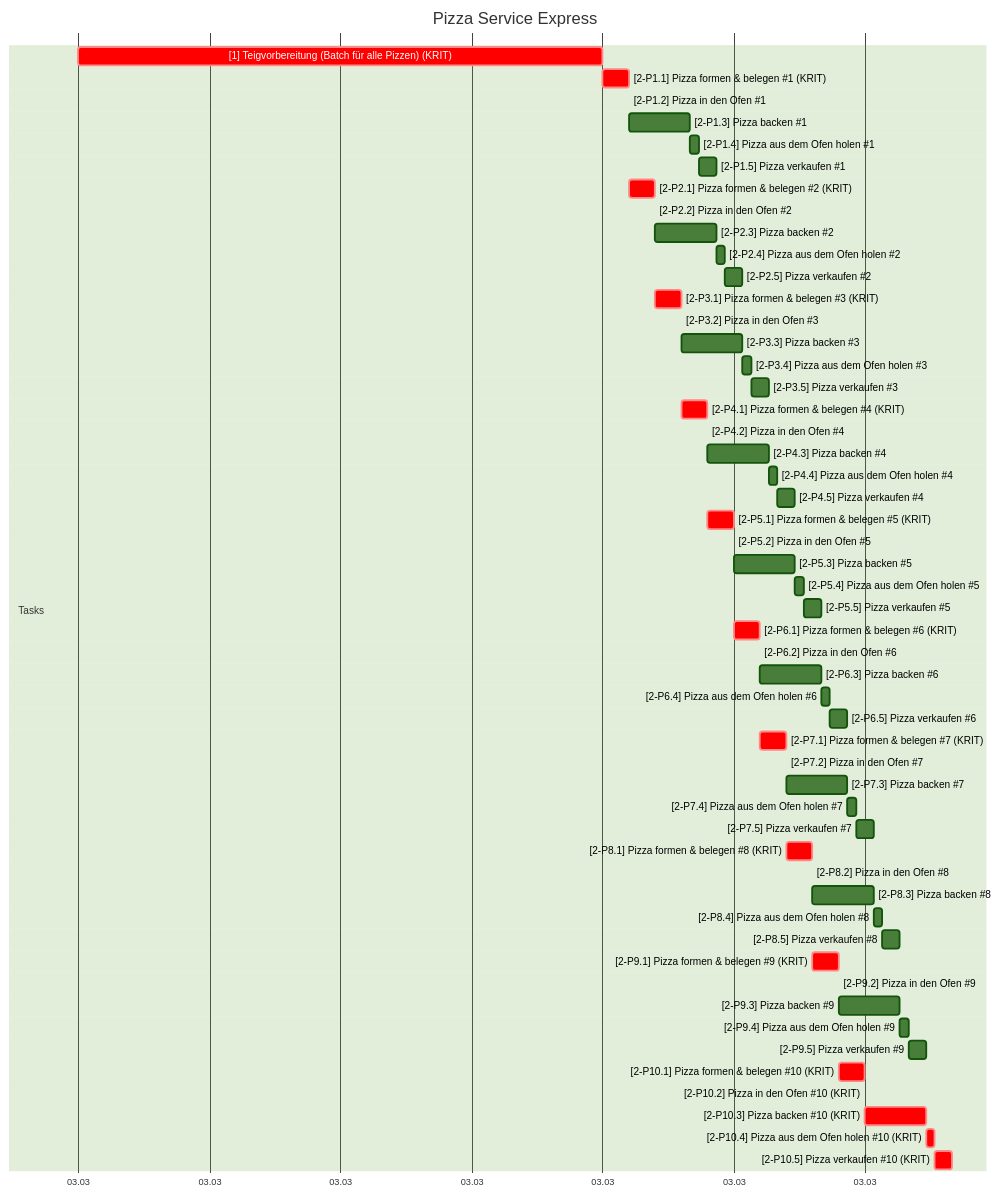
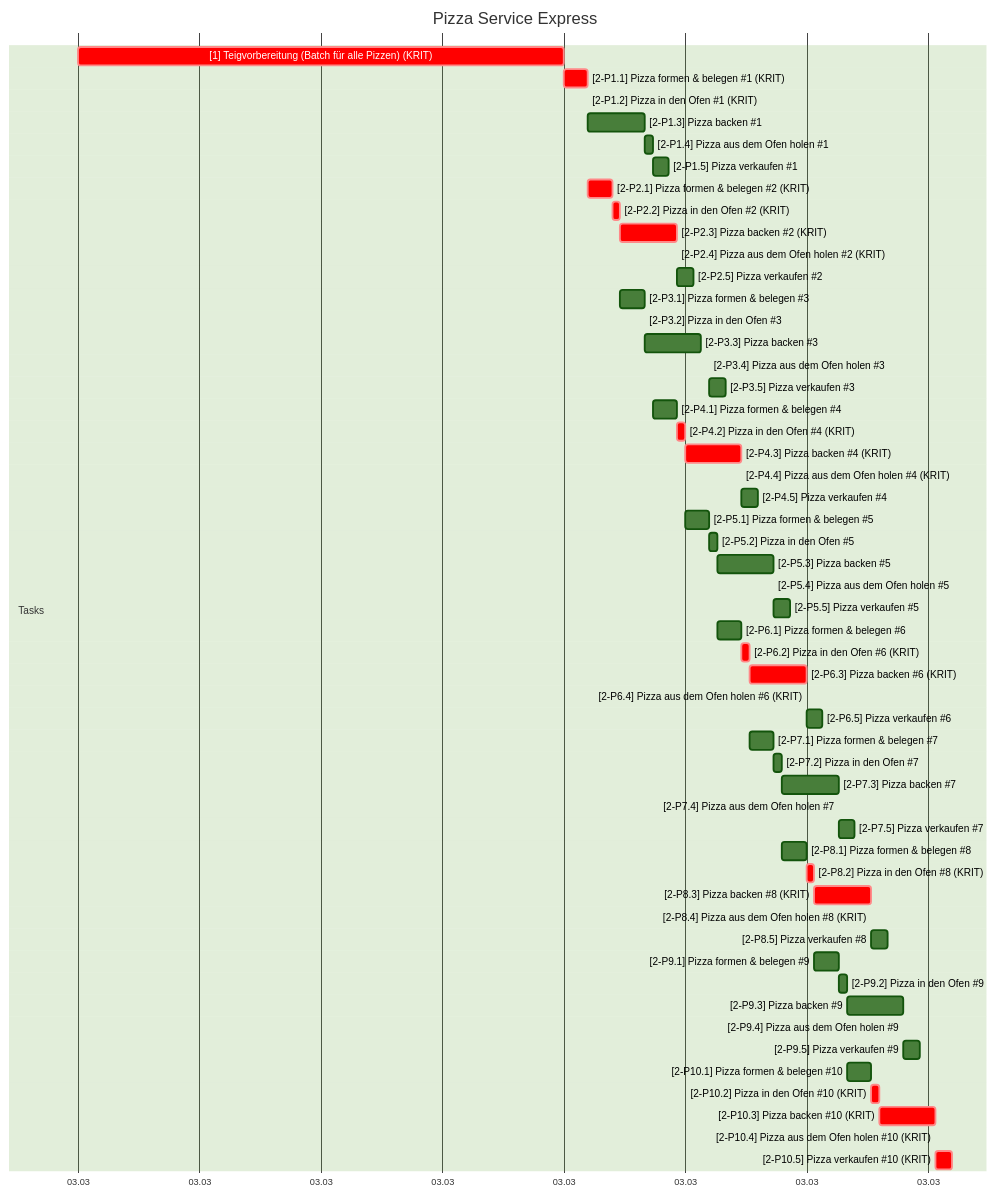
One commit to mistamichael/sproject changed the second of 5 diagrams in tests/golden/pizzas.md. Above: the diagram before and after it, drawn with Mermaid (forest theme). The commit also changed other lines of this file and 27 other files, not shown here.

````diff
--- a/tests/golden/pizzas.md
+++ b/tests/golden/pizzas.md
@@ -214,60 +219,60 @@
 ```mermaid
 gantt
     title Pizza Service Express
     dateFormat  YYYY-MM-DD HH:mm
     axisFormat  %d.%m
 
     section Feiertage
     section Tasks
     [1] Teigvorbereitung (Batch für alle Pizzen) (KRIT) :crit, 2026-03-03 09:00, 2026-03-03 10:00
     [2-P1.1] Pizza formen & belegen #1 (KRIT) :crit, 2026-03-03 10:00, 2026-03-03 10:03
-    [2-P1.2] Pizza in den Ofen #1 :2026-03-03 10:03, 2026-03-03 10:03
+    [2-P1.2] Pizza in den Ofen #1 (KRIT) :crit, 2026-03-03 10:03, 2026-03-03 10:03
     [2-P1.3] Pizza backen #1 :2026-03-03 10:03, 2026-03-03 10:10
     [2-P1.4] Pizza aus dem Ofen holen #1 :2026-03-03 10:10, 2026-03-03 10:11
     [2-P1.5] Pizza verkaufen #1 :2026-03-03 10:11, 2026-03-03 10:13
     [2-P2.1] Pizza formen & belegen #2 (KRIT) :crit, 2026-03-03 10:03, 2026-03-03 10:06
-    [2-P2.2] Pizza in den Ofen #2 :2026-03-03 10:06, 2026-03-03 10:06
-    [2-P2.3] Pizza backen #2 :2026-03-03 10:06, 2026-03-03 10:13
-    [2-P2.4] Pizza aus dem Ofen holen #2 :2026-03-03 10:13, 2026-03-03 10:14
+    [2-P2.2] Pizza in den Ofen #2 (KRIT) :crit, 2026-03-03 10:06, 2026-03-03 10:07
+    [2-P2.3] Pizza backen #2 (KRIT) :crit, 2026-03-03 10:07, 2026-03-03 10:14
+    [2-P2.4] Pizza aus dem Ofen holen #2 (KRIT) :crit, 2026-03-03 10:14, 2026-03-03 10:14
     [2-P2.5] Pizza verkaufen #2 :2026-03-03 10:14, 2026-03-03 10:16
-    [2-P3.1] Pizza formen & belegen #3 (KRIT) :crit, 2026-03-03 10:06, 2026-03-03 10:09
-    [2-P3.2] Pizza in den Ofen #3 :2026-03-03 10:09, 2026-03-03 10:09
-    [2-P3.3] Pizza backen #3 :2026-03-03 10:09, 2026-03-03 10:16
-    [2-P3.4] Pizza aus dem Ofen holen #3 :2026-03-03 10:16, 2026-03-03 10:17
-    [2-P3.5] Pizza verkaufen #3 :2026-03-03 10:17, 2026-03-03 10:19
-    [2-P4.1] Pizza formen & belegen #4 (KRIT) :crit, 2026-03-03 10:09, 2026-03-03 10:12
-    [2-P4.2] Pizza in den Ofen #4 :2026-03-03 10:12, 2026-03-03 10:12
-    [2-P4.3] Pizza backen #4 :2026-03-03 10:12, 2026-03-03 10:19
-    [2-P4.4] Pizza aus dem Ofen holen #4 :2026-03-03 10:19, 2026-03-03 10:20
-    [2-P4.5] Pizza verkaufen #4 :2026-03-03 10:20, 2026-03-03 10:22
-    [2-P5.1] Pizza formen & belegen #5 (KRIT) :crit, 2026-03-03 10:12, 2026-03-03 10:15
-    [2-P5.2] Pizza in den Ofen #5 :2026-03-03 10:15, 2026-03-03 10:15
-    [2-P5.3] Pizza backen #5 :2026-03-03 10:15, 2026-03-03 10:22
-    [2-P5.4] Pizza aus dem Ofen holen #5 :2026-03-03 10:22, 2026-03-03 10:23
-    [2-P5.5] Pizza verkaufen #5 :2026-03-03 10:23, 2026-03-03 10:25
-    [2-P6.1] Pizza formen & belegen #6 (KRIT) :crit, 2026-03-03 10:15, 2026-03-03 10:18
-    [2-P6.2] Pizza in den Ofen #6 :2026-03-03 10:18, 2026-03-03 10:18
-    [2-P6.3] Pizza backen #6 :2026-03-03 10:18, 2026-03-03 10:25
-    [2-P6.4] Pizza aus dem Ofen holen #6 :2026-03-03 10:25, 2026-03-03 10:26
-    [2-P6.5] Pizza verkaufen #6 :2026-03-03 10:26, 2026-03-03 10:28
-    [2-P7.1] Pizza formen & belegen #7 (KRIT) :crit, 2026-03-03 10:18, 2026-03-03 10:21
-    [2-P7.2] Pizza in den Ofen #7 :2026-03-03 10:21, 2026-03-03 10:21
-    [2-P7.3] Pizza backen #7 :2026-03-03 10:21, 2026-03-03 10:28
-    [2-P7.4] Pizza aus dem Ofen holen #7 :2026-03-03 10:28, 2026-03-03 10:29
-    [2-P7.5] Pizza verkaufen #7 :2026-03-03 10:29, 2026-03-03 10:31
-    [2-P8.1] Pizza formen & belegen #8 (KRIT) :crit, 2026-03-03 10:21, 2026-03-03 10:24
-    [2-P8.2] Pizza in den Ofen #8 :2026-03-03 10:24, 2026-03-03 10:24
-    [2-P8.3] Pizza backen #8 :2026-03-03 10:24, 2026-03-03 10:31
-    [2-P8.4] Pizza aus dem Ofen holen #8 :2026-03-03 10:31, 2026-03-03 10:32
-    [2-P8.5] Pizza verkaufen #8 :2026-03-03 10:32, 2026-03-03 10:34
-    [2-P9.1] Pizza formen & belegen #9 (KRIT) :crit, 2026-03-03 10:24, 2026-03-03 10:27
-    [2-P9.2] Pizza in den Ofen #9 :2026-03-03 10:27, 2026-03-03 10:27
-    [2-P9.3] Pizza backen #9 :2026-03-03 10:27, 2026-03-03 10:34
-    [2-P9.4] Pizza aus dem Ofen holen #9 :2026-03-03 10:34, 2026-03-03 10:35
-    [2-P9.5] Pizza verkaufen #9 :2026-03-03 10:35, 2026-03-03 10:37
-    [2-P10.1] Pizza formen & belegen #10 (KRIT) :crit, 2026-03-03 10:27, 2026-03-03 10:30
-    [2-P10.2] Pizza in den Ofen #10 (KRIT) :crit, 2026-03-03 10:30, 2026-03-03 10:30
-    [2-P10.3] Pizza backen #10 (KRIT) :crit, 2026-03-03 10:30, 2026-03-03 10:37
-    [2-P10.4] Pizza aus dem Ofen holen #10 (KRIT) :crit, 2026-03-03 10:37, 2026-03-03 10:38
-    [2-P10.5] Pizza verkaufen #10 (KRIT) :crit, 2026-03-03 10:38, 2026-03-03 10:40
+    [2-P3.1] Pizza formen & belegen #3 :2026-03-03 10:07, 2026-03-03 10:10
+    [2-P3.2] Pizza in den Ofen #3 :2026-03-03 10:10, 2026-03-03 10:10
+    [2-P3.3] Pizza backen #3 :2026-03-03 10:10, 2026-03-03 10:17
+    [2-P3.4] Pizza aus dem Ofen holen #3 :2026-03-03 10:18, 2026-03-03 10:18
+    [2-P3.5] Pizza verkaufen #3 :2026-03-03 10:18, 2026-03-03 10:20
+    [2-P4.1] Pizza formen & belegen #4 :2026-03-03 10:11, 2026-03-03 10:14
+    [2-P4.2] Pizza in den Ofen #4 (KRIT) :crit, 2026-03-03 10:14, 2026-03-03 10:15
+    [2-P4.3] Pizza backen #4 (KRIT) :crit, 2026-03-03 10:15, 2026-03-03 10:22
+    [2-P4.4] Pizza aus dem Ofen holen #4 (KRIT) :crit, 2026-03-03 10:22, 2026-03-03 10:22
+    [2-P4.5] Pizza verkaufen #4 :2026-03-03 10:22, 2026-03-03 10:24
+    [2-P5.1] Pizza formen & belegen #5 :2026-03-03 10:15, 2026-03-03 10:18
+    [2-P5.2] Pizza in den Ofen #5 :2026-03-03 10:18, 2026-03-03 10:19
+    [2-P5.3] Pizza backen #5 :2026-03-03 10:19, 2026-03-03 10:26
+    [2-P5.4] Pizza aus dem Ofen holen #5 :2026-03-03 10:26, 2026-03-03 10:26
+    [2-P5.5] Pizza verkaufen #5 :2026-03-03 10:26, 2026-03-03 10:28
+    [2-P6.1] Pizza formen & belegen #6 :2026-03-03 10:19, 2026-03-03 10:22
+    [2-P6.2] Pizza in den Ofen #6 (KRIT) :crit, 2026-03-03 10:22, 2026-03-03 10:23
+    [2-P6.3] Pizza backen #6 (KRIT) :crit, 2026-03-03 10:23, 2026-03-03 10:30
+    [2-P6.4] Pizza aus dem Ofen holen #6 (KRIT) :crit, 2026-03-03 10:30, 2026-03-03 10:30
+    [2-P6.5] Pizza verkaufen #6 :2026-03-03 10:30, 2026-03-03 10:32
+    [2-P7.1] Pizza formen & belegen #7 :2026-03-03 10:23, 2026-03-03 10:26
+    [2-P7.2] Pizza in den Ofen #7 :2026-03-03 10:26, 2026-03-03 10:27
+    [2-P7.3] Pizza backen #7 :2026-03-03 10:27, 2026-03-03 10:34
+    [2-P7.4] Pizza aus dem Ofen holen #7 :2026-03-03 10:34, 2026-03-03 10:34
+    [2-P7.5] Pizza verkaufen #7 :2026-03-03 10:34, 2026-03-03 10:36
+    [2-P8.1] Pizza formen & belegen #8 :2026-03-03 10:27, 2026-03-03 10:30
+    [2-P8.2] Pizza in den Ofen #8 (KRIT) :crit, 2026-03-03 10:30, 2026-03-03 10:31
+    [2-P8.3] Pizza backen #8 (KRIT) :crit, 2026-03-03 10:31, 2026-03-03 10:38
+    [2-P8.4] Pizza aus dem Ofen holen #8 (KRIT) :crit, 2026-03-03 10:38, 2026-03-03 10:38
+    [2-P8.5] Pizza verkaufen #8 :2026-03-03 10:38, 2026-03-03 10:40
+    [2-P9.1] Pizza formen & belegen #9 :2026-03-03 10:31, 2026-03-03 10:34
+    [2-P9.2] Pizza in den Ofen #9 :2026-03-03 10:34, 2026-03-03 10:35
+    [2-P9.3] Pizza backen #9 :2026-03-03 10:35, 2026-03-03 10:42
+    [2-P9.4] Pizza aus dem Ofen holen #9 :2026-03-03 10:42, 2026-03-03 10:42
+    [2-P9.5] Pizza verkaufen #9 :2026-03-03 10:42, 2026-03-03 10:44
+    [2-P10.1] Pizza formen & belegen #10 :2026-03-03 10:35, 2026-03-03 10:38
+    [2-P10.2] Pizza in den Ofen #10 (KRIT) :crit, 2026-03-03 10:38, 2026-03-03 10:39
+    [2-P10.3] Pizza backen #10 (KRIT) :crit, 2026-03-03 10:39, 2026-03-03 10:46
+    [2-P10.4] Pizza aus dem Ofen holen #10 (KRIT) :crit, 2026-03-03 10:46, 2026-03-03 10:46
+    [2-P10.5] Pizza verkaufen #10 (KRIT) :crit, 2026-03-03 10:46, 2026-03-03 10:48
 ```
````
